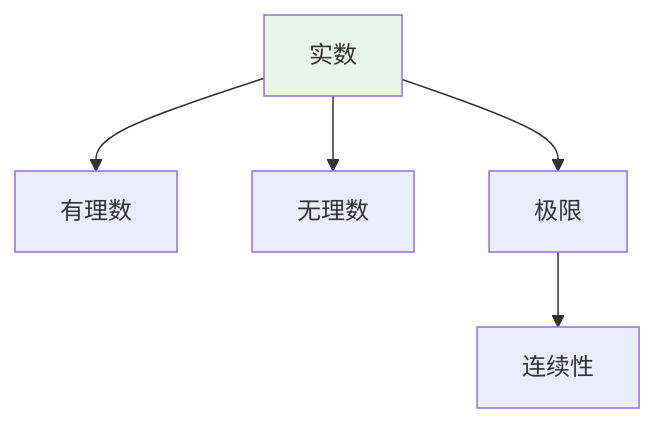
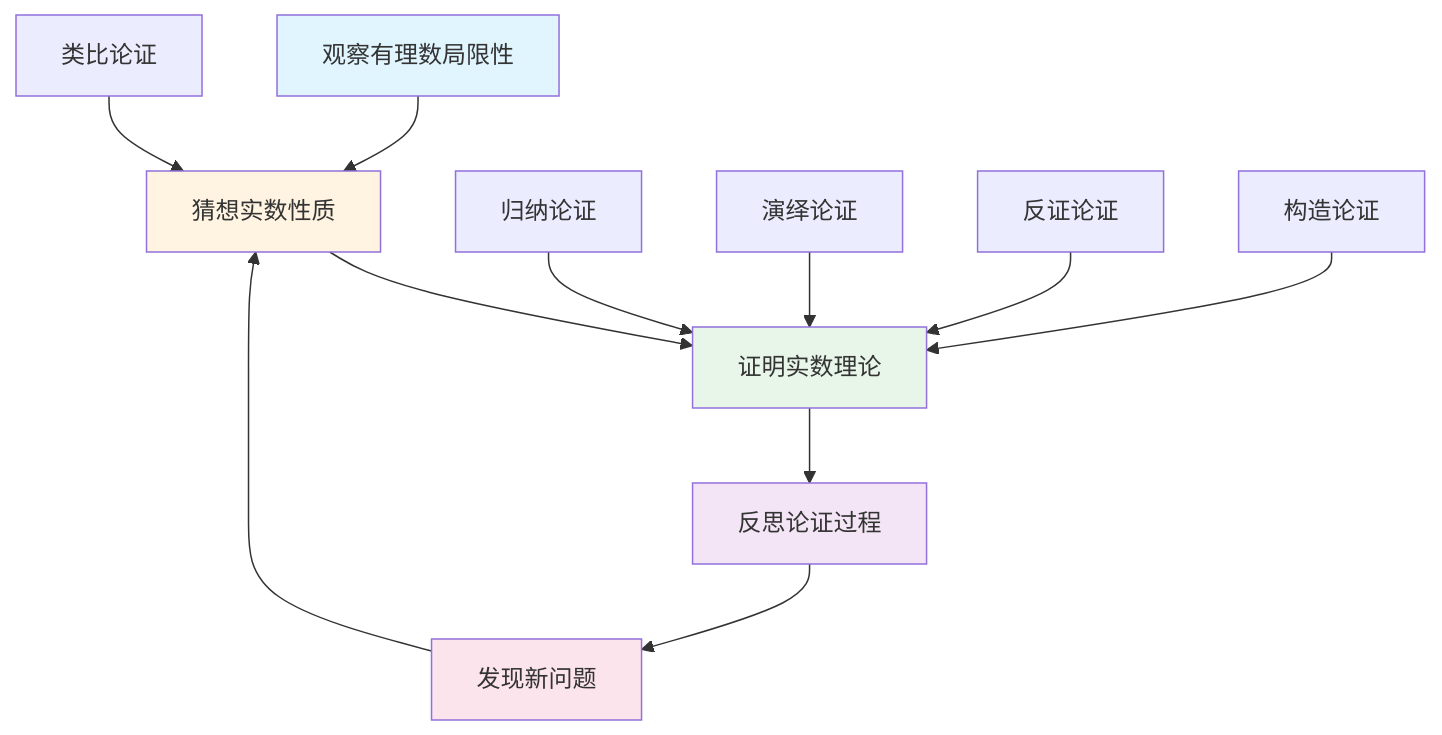
The fifth of 10 diagrams in concept/核心概念/06-实数.md (AdaMartin18010/FormalMath), drawn with Mermaid before and after one commit. The commit also changed other lines of this file and 4793 other files, not shown here.

````diff
--- a/concept/核心概念/06-实数.md
+++ b/concept/核心概念/06-实数.md
@@ -853,9 +1480,20 @@
 ```mermaid
 graph TD
-    A[实数] --> B[有理数]
-    A --> C[无理数]
-    A --> D[极限]
-    D --> E[连续性]
+    A[观察有理数局限性] --> B[猜想实数性质]
+    B --> C[证明实数理论]
+    C --> D[反思论证过程]
+    D --> E[发现新问题]
+    E --> B
 
-    style A fill:#e8f5e9
+    F[归纳论证] --> C
+    G[演绎论证] --> C
+    H[类比论证] --> B
+    I[反证论证] --> C
+    J[构造论证] --> C
+
+    style A fill:#e1f5ff
+    style B fill:#fff4e1
+    style C fill:#e8f5e9
+    style D fill:#f3e5f5
+    style E fill:#fce4ec
 ```
````
